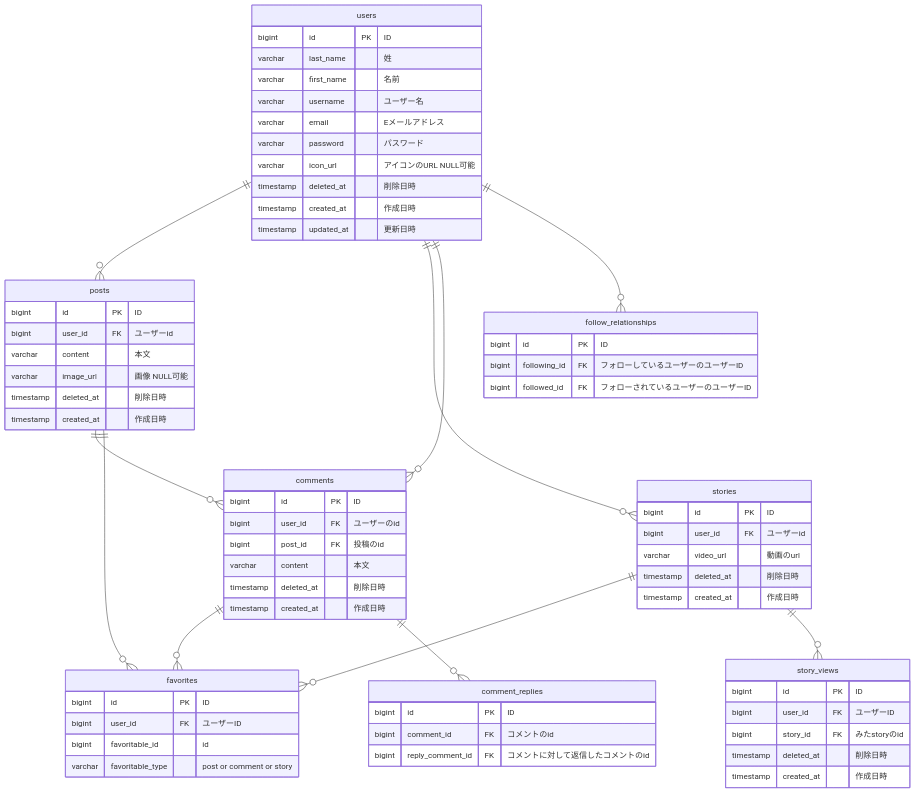
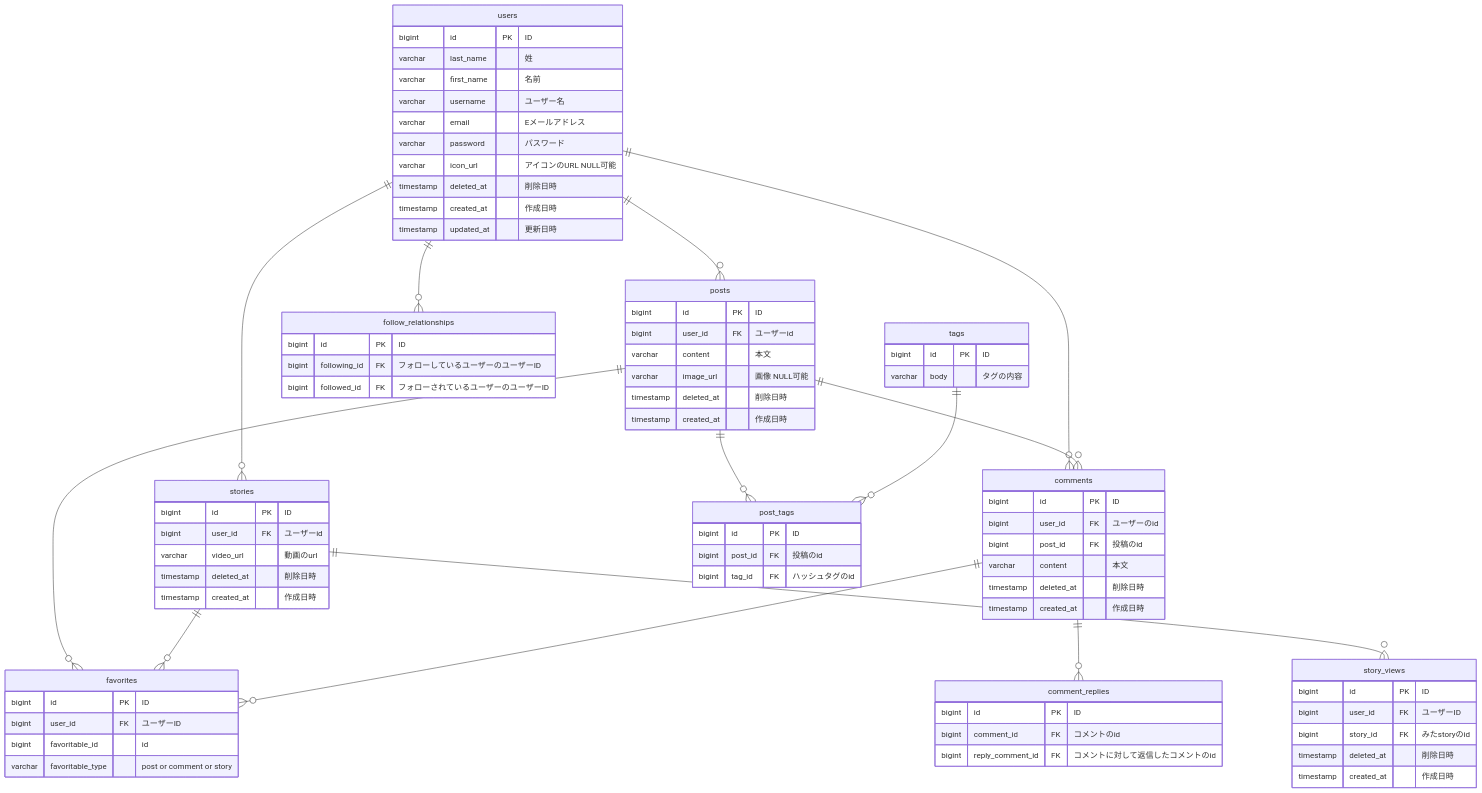
Before and after one commit to StoryEdutech/study_repo: the diagram in kinoshita/pracitce-erd/ER図.md, drawn with Mermaid.

Commit message:
ハッシュタグ tags

```diff
--- a/kinoshita/pracitce-erd/ER図.md
+++ b/kinoshita/pracitce-erd/ER図.md
@@ -6,6 +6,9 @@
     users ||--o{ follow_relationships : ""
 
     posts ||--o{ comments : ""
+    posts ||--o{ post_tags : ""
+
+    tags ||--o{ post_tags : ""
 
     posts ||--o{ favorites : ""
     stories ||--o{ favorites : ""
@@ -41,6 +44,17 @@
       varchar image_url "画像 NULL可能"
       timestamp deleted_at "削除日時"
       timestamp created_at "作成日時"
+    }
+
+    tags {
+      bigint id PK "ID"
+      varchar body "タグの内容"
+    }
+
+    post_tags {
+      bigint id PK "ID"
+      bigint post_id FK "投稿のid"
+      bigint tag_id FK "ハッシュタグのid"
     }
 
     comments {
```
